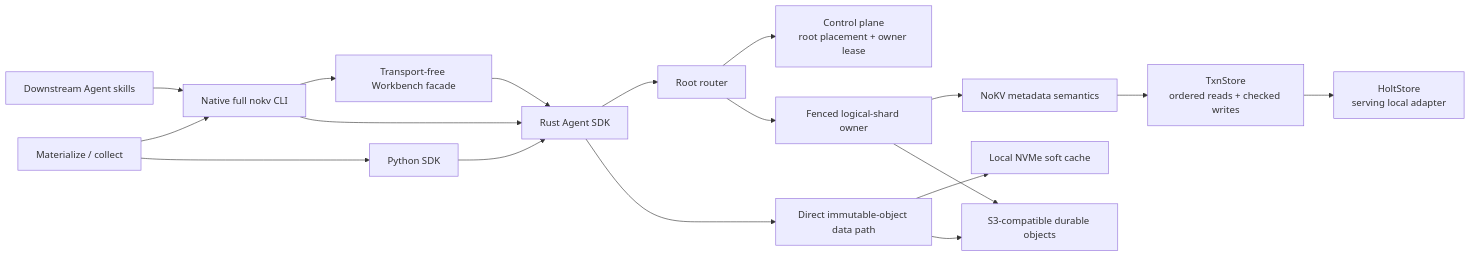
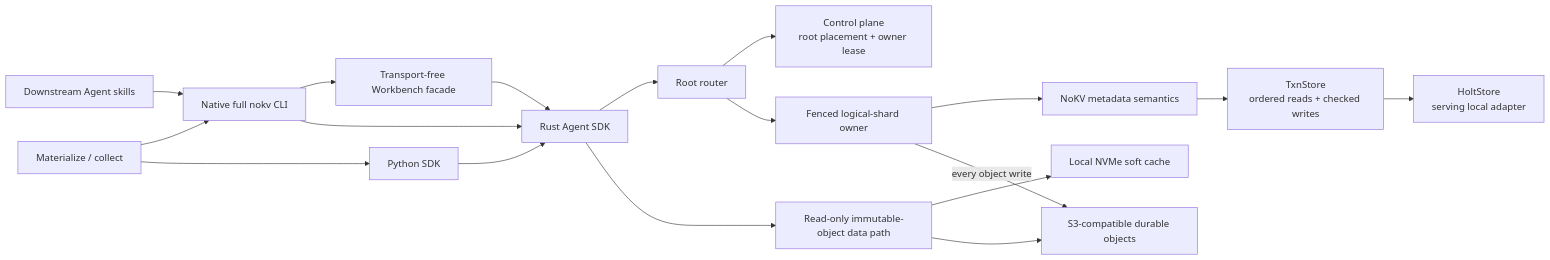
The first of 5 diagrams in docs/architecture.md (NoKV-Lab/NoKV), drawn with Mermaid before and after one commit. The commit also changed other lines of this file and 5 other files, not shown here.

First line of the commit message:
docs: describe the owner as the only object writer

````diff
--- a/docs/architecture.md
+++ b/docs/architecture.md
@@ -12,23 +12,23 @@
 ```mermaid
 flowchart LR
     Skills["Downstream Agent skills"] --> CLI["Native full nokv CLI"]
     CLI --> Agent["Transport-free Workbench facade"]
     Agent --> SDK["Rust Agent SDK"]
     CLI --> SDK
     Python["Python SDK"] --> SDK
     Local["Materialize / collect"] --> CLI
     Local --> Python
 
     SDK --> Router["Root router"]
     Router --> Control["Control plane<br/>root placement + owner lease"]
     Router --> Owner["Fenced logical-shard owner"]
 
     Owner --> Meta["NoKV metadata semantics"]
     Meta --> Store["TxnStore<br/>ordered reads + checked writes"]
     Store --> Holt["HoltStore<br/>serving local adapter"]
 
-    SDK --> Data["Direct immutable-object data path"]
+    SDK --> Data["Read-only immutable-object data path"]
     Data --> Cache["Local NVMe soft cache"]
     Data --> Object["S3-compatible durable objects"]
-    Owner --> Object
+    Owner -- "every object write" --> Object
 ```
````
